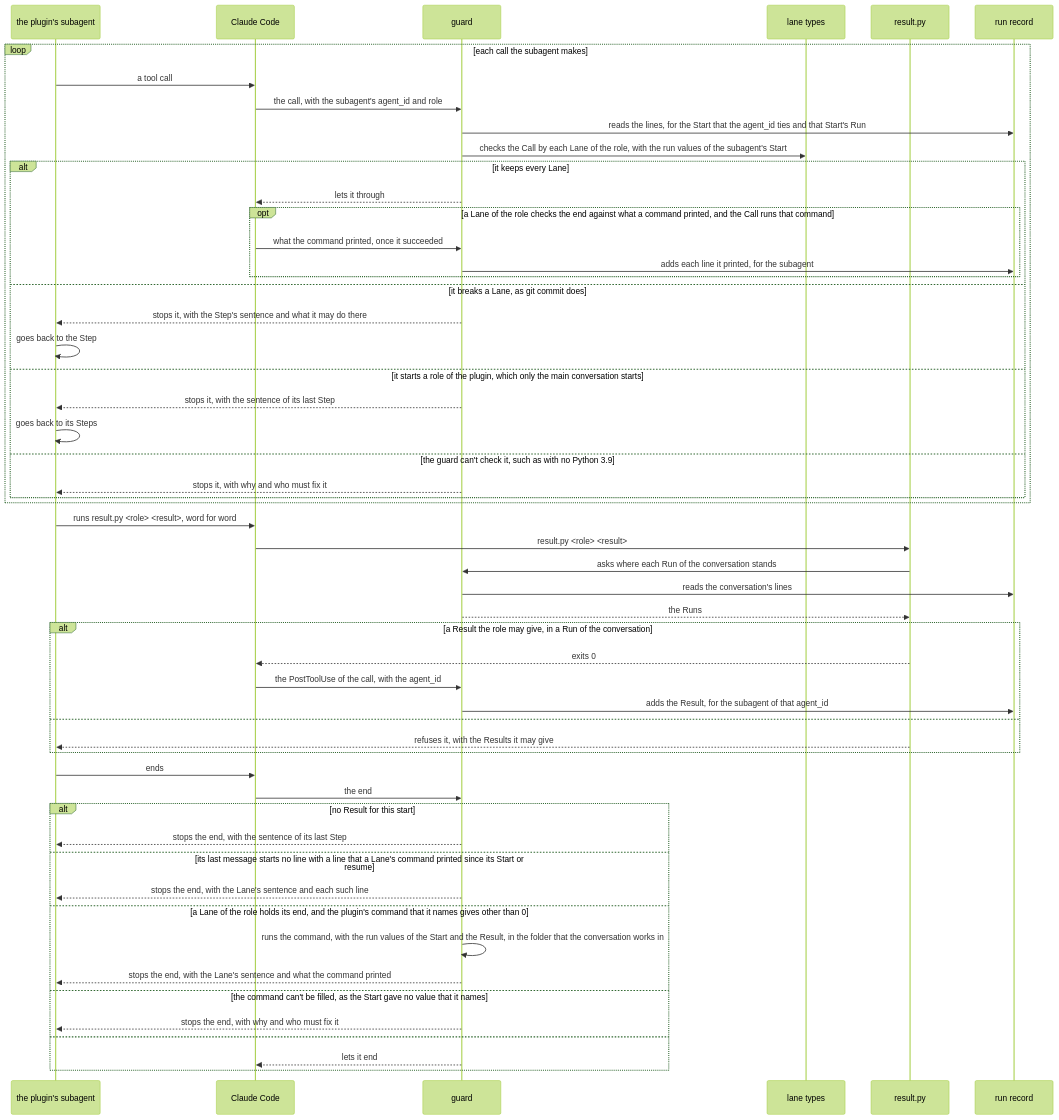
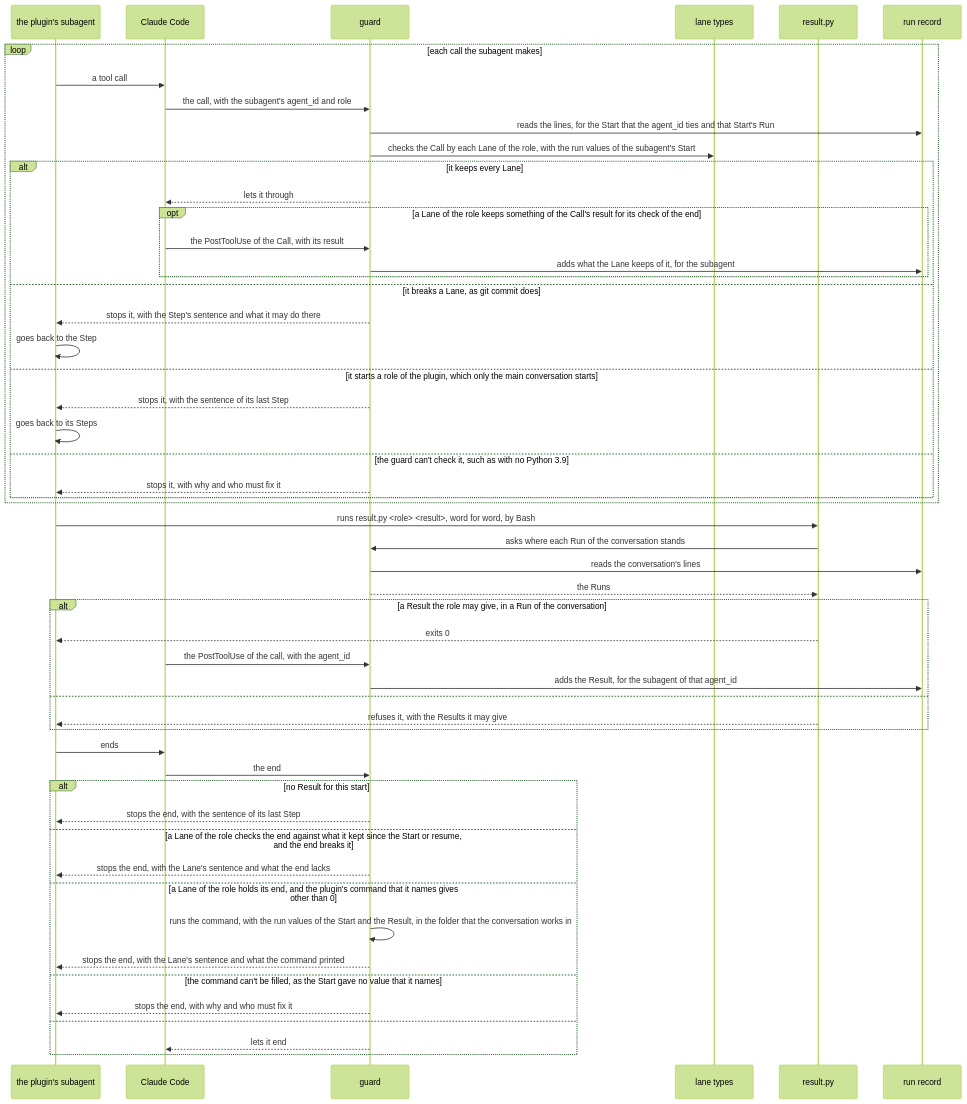
The sixth of 7 diagrams in dev/lane/architecture.md (lovaizu/ccpm), drawn with Mermaid (forest theme) before and after one commit. The commit also changed other lines of this file and 6 other files, not shown here.

````diff
--- a/dev/lane/architecture.md
+++ b/dev/lane/architecture.md
@@ -692,56 +705,55 @@
 ```mermaid
 sequenceDiagram
   participant SA as the plugin's subagent
   participant CC as Claude Code
   participant G as guard
   participant T as lane types
   participant R as result.py
   participant RS as run record
   loop each call the subagent makes
     SA->>CC: a tool call
     CC->>G: the call, with the subagent's agent_id and role
     G->>RS: reads the lines, for the Start that the agent_id ties and that Start's Run
     G->>T: checks the Call by each Lane of the role, with the run values of the subagent's Start
     alt it keeps every Lane
       G-->>CC: lets it through
-      opt a Lane of the role checks the end against what a command printed, and the Call runs that command
-        CC->>G: what the command printed, once it succeeded
-        G->>RS: adds each line it printed, for the subagent
+      opt a Lane of the role keeps something of the Call's result for its check of the end
+        CC->>G: the PostToolUse of the Call, with its result
+        G->>RS: adds what the Lane keeps of it, for the subagent
       end
     else it breaks a Lane, as git commit does
       G-->>SA: stops it, with the Step's sentence and what it may do there
       SA->>SA: goes back to the Step
     else it starts a role of the plugin, which only the main conversation starts
       G-->>SA: stops it, with the sentence of its last Step
       SA->>SA: goes back to its Steps
     else the guard can't check it, such as with no Python 3.9
       G-->>SA: stops it, with why and who must fix it
     end
   end
-  SA->>CC: runs result.py <role> <result>, word for word
-  CC->>R: result.py <role> <result>
+  SA->>R: runs result.py <role> <result>, word for word, by Bash
   R->>G: asks where each Run of the conversation stands
   G->>RS: reads the conversation's lines
   G-->>R: the Runs
   alt a Result the role may give, in a Run of the conversation
-    R-->>CC: exits 0
+    R-->>SA: exits 0
     CC->>G: the PostToolUse of the call, with the agent_id
     G->>RS: adds the Result, for the subagent of that agent_id
   else
     R-->>SA: refuses it, with the Results it may give
   end
   SA->>CC: ends
   CC->>G: the end
   alt no Result for this start
     G-->>SA: stops the end, with the sentence of its last Step
-  else its last message starts no line with a line that a Lane's command printed since its Start or resume
-    G-->>SA: stops the end, with the Lane's sentence and each such line
+  else a Lane of the role checks the end against what it kept since the Start or resume, and the end breaks it
+    G-->>SA: stops the end, with the Lane's sentence and what the end lacks
   else a Lane of the role holds its end, and the plugin's command that it names gives other than 0
     G->>G: runs the command, with the run values of the Start and the Result, in the folder that the conversation works in
     G-->>SA: stops the end, with the Lane's sentence and what the command printed
   else the command can't be filled, as the Start gave no value that it names
     G-->>SA: stops the end, with why and who must fix it
   else
     G-->>CC: lets it end
   end
 ```
````
